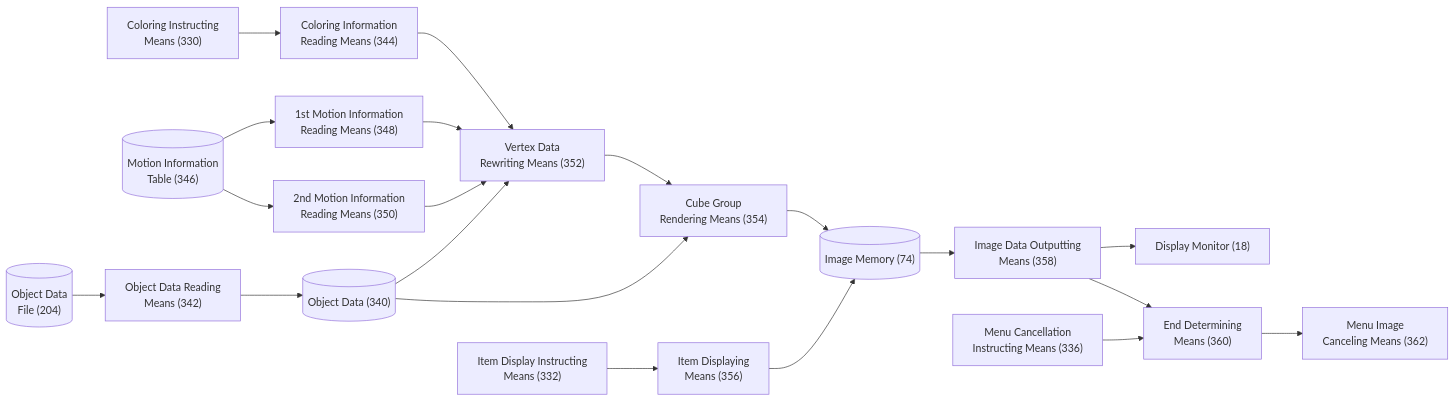
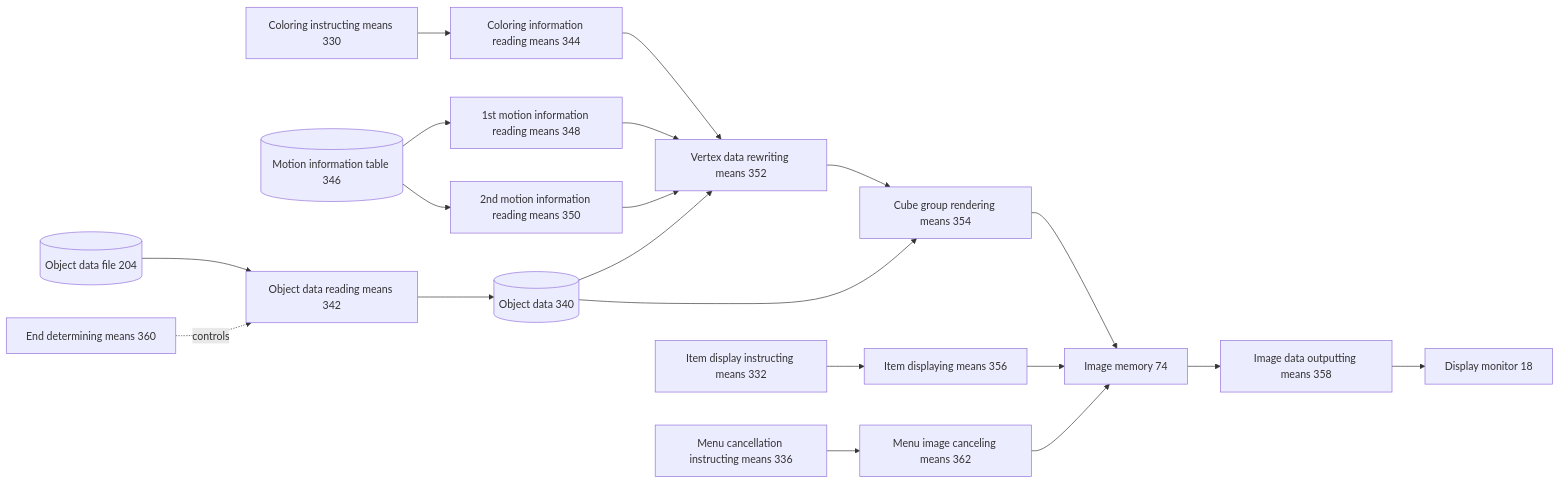
Before and after one commit to JeanxPereira/CrystalClockVK: the sixth of 11 diagrams in docs/clock_patent/US6693606.md, drawn with Mermaid. The commit also changed other lines of this file and 3 other files, not shown here.

````diff
--- a/docs/clock_patent/US6693606.md
+++ b/docs/clock_patent/US6693606.md
@@ -778,29 +274,24 @@
 ```mermaid
-graph LR
-    ODF[("Object Data\nFile (204)")] --> ODRM["Object Data Reading\nMeans (342)"]
-    MIT[("Motion Information\nTable (346)")] --> FMRM["1st Motion Information\nReading Means (348)"]
-    MIT --> SMRM["2nd Motion Information\nReading Means (350)"]
+flowchart LR
+    ODF[("Object data file 204")] --> ODR["Object data reading means 342"]
+    CIM["Coloring instructing means 330"] --> CIR["Coloring information reading means 344"]
+    MIT[("Motion information table 346")] --> M1["1st motion information reading means 348"]
+    MIT --> M2["2nd motion information reading means 350"]
 
-    CIM_IN["Coloring Instructing\nMeans (330)"] --> CIRM2["Coloring Information\nReading Means (344)"]
+    ODR --> OD[("Object data 340")]
+    CIR --> VDR["Vertex data rewriting means 352"]
+    M1 --> VDR
+    M2 --> VDR
+    OD --> VDR
+    VDR --> CGR["Cube group rendering means 354"]
+    OD --> CGR
+    CGR --> IM["Image memory 74"]
 
-    ODRM --> OD2[("Object Data (340)")]
-    CIRM2 --> VDRW2["Vertex Data\nRewriting Means (352)"]
-    FMRM --> VDRW2
-    SMRM --> VDRW2
-    OD2 --> VDRW2
-
-    VDRW2 --> CGRM["Cube Group\nRendering Means (354)"]
-    OD2 --> CGRM
-    CGRM --> IM2[("Image Memory (74)")]
-
-    IDI_IN["Item Display Instructing\nMeans (332)"] --> IDM["Item Displaying\nMeans (356)"]
-    IDM --> IM2
-
-    IM2 --> IDOP2["Image Data Outputting\nMeans (358)"]
-    IDOP2 --> DM2["Display Monitor (18)"]
-
-    IDOP2 --> EDM2["End Determining\nMeans (360)"]
-    EDM2 --> MIC["Menu Image\nCanceling Means (362)"]
-
-    MCI_IN["Menu Cancellation\nInstructing Means (336)"] --> EDM2
+    IDIM["Item display instructing means 332"] --> IDISP["Item displaying means 356"]
+    IDISP --> IM
+    IM --> IDO["Image data outputting means 358"]
+    IDO --> DM["Display monitor 18"]
+    MCI["Menu cancellation instructing means 336"] --> MIC["Menu image canceling means 362"]
+    MIC --> IM
+    EDM["End determining means 360"] -.controls.-> ODR
 ```
````
